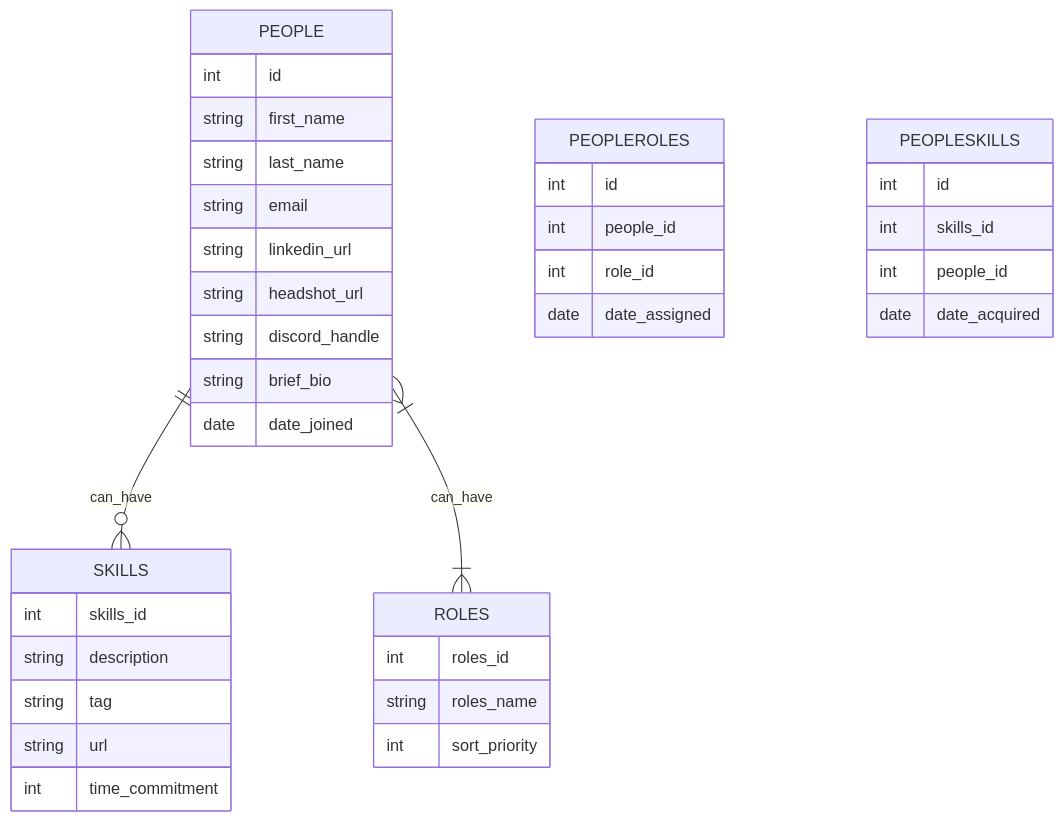
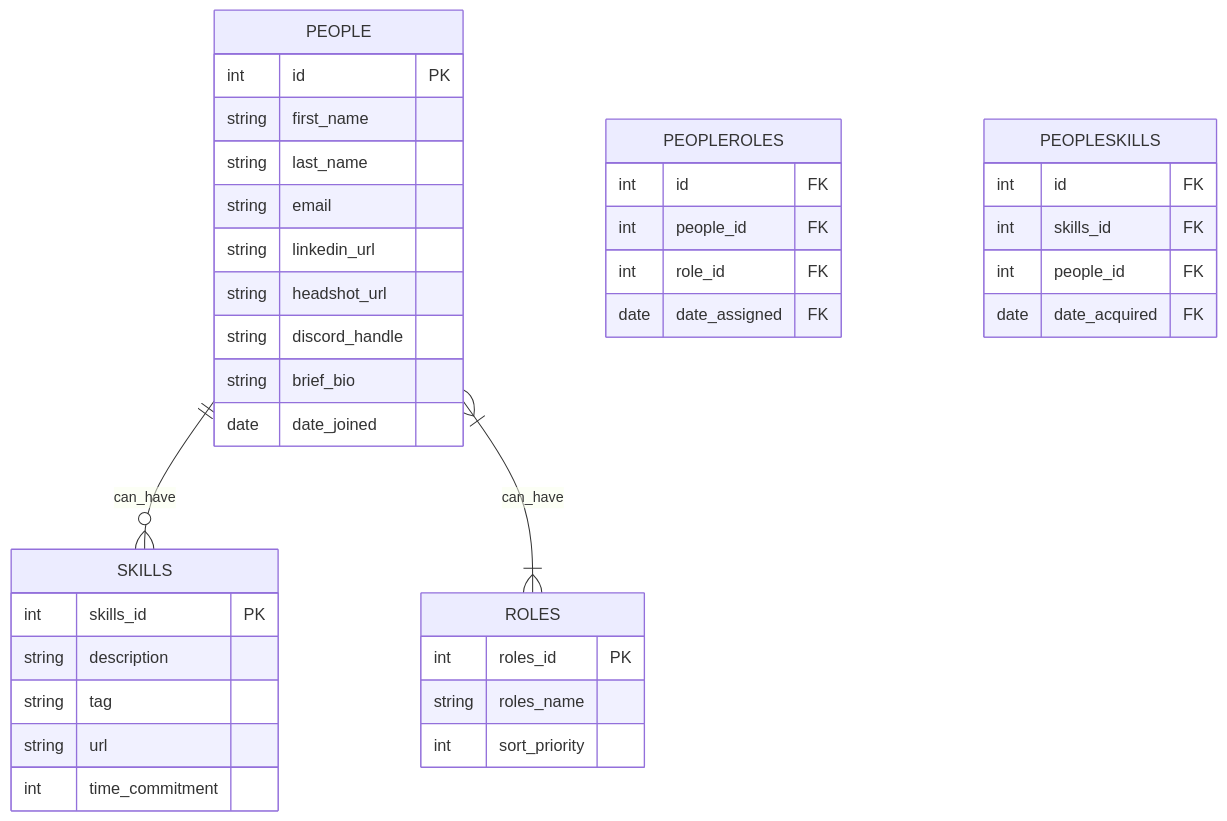
One commit to cmsc-vcu/cmsc508-fa2023-hw7-Iuiiss changed the diagram in hw7/hw7.qmd. Above: the diagram before and after it, drawn with Mermaid. The commit also changed other lines of this file and 1 other file, not shown here.

Commit message:
Finished

````diff
--- a/hw7/hw7.qmd
+++ b/hw7/hw7.qmd
@@ -101,44 +101,44 @@
 ```{mermaid}
 %%| echo: false
 erDiagram
     PEOPLE ||--o{ SKILLS : can_have
     PEOPLE }|--|{ ROLES: can_have
 
     PEOPLE{
-        int id
+        int id PK
         string first_name
         string last_name
         string email
         string linkedin_url
         string headshot_url
         string discord_handle
         string brief_bio
         date date_joined
     }
     PEOPLEROLES{
-        int id
-        int people_id
-        int role_id
-        date date_assigned
+        int id FK
+        int people_id FK
+        int role_id FK
+        date date_assigned FK
 
         
     }
     PEOPLESKILLS{
-        int id
-        int skills_id
-        int people_id
-        date date_acquired
+        int id FK
+        int skills_id FK 
+        int people_id FK
+        date date_acquired FK
     }
     ROLES{
-        int roles_id
+        int roles_id PK
         string roles_name
         int sort_priority
     }
     SKILLS{
-        int skills_id
+        int skills_id PK
         string description
         string tag
         string url
         int time_commitment
     }
 ```
````
